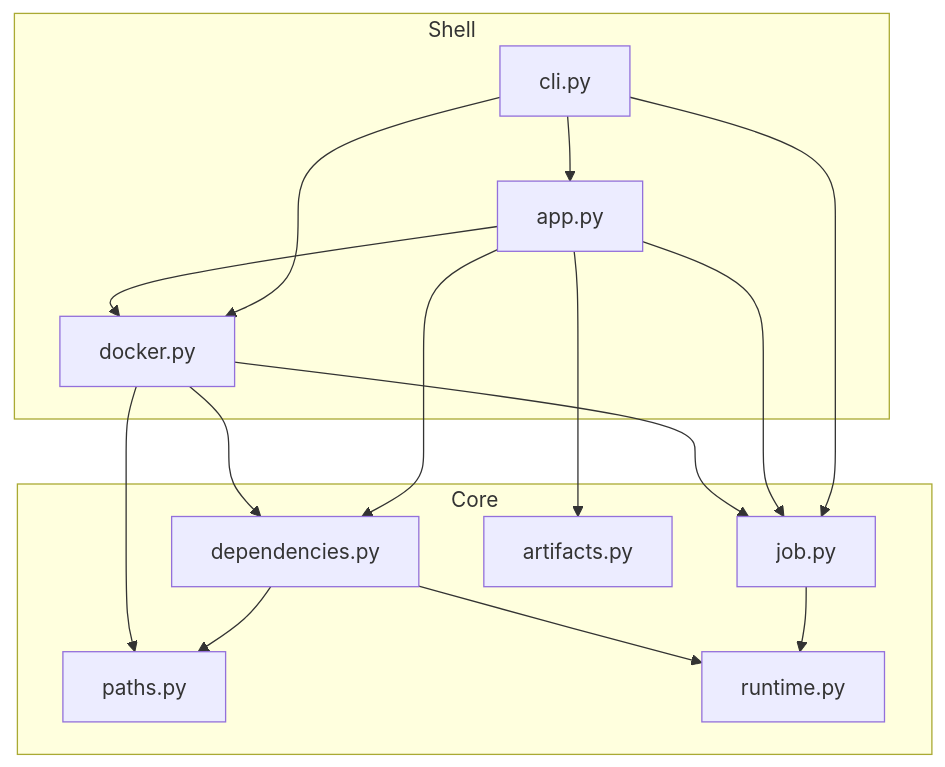
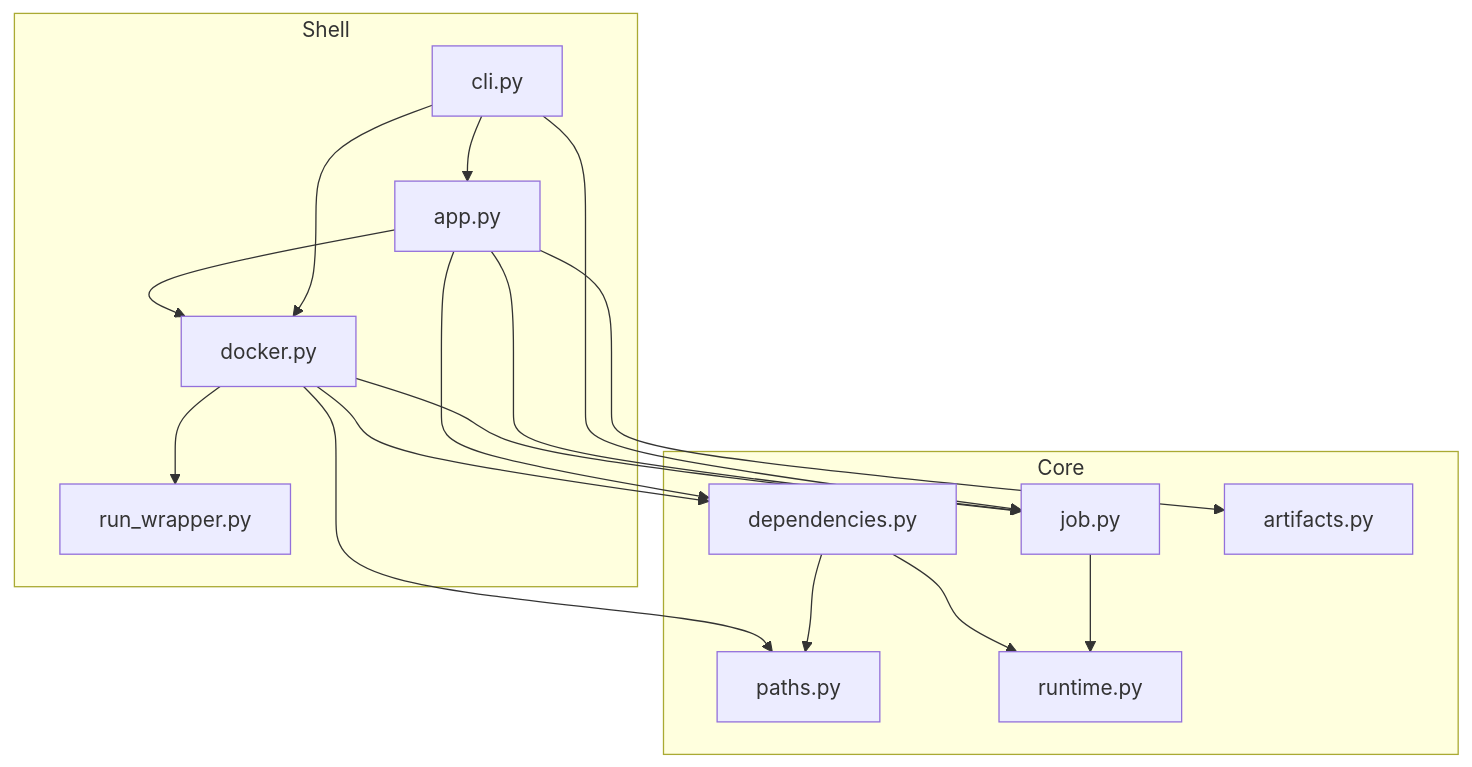
The diagram in docs/architecture.md (HH-MWB/aws-glue-toolkit), drawn with Mermaid before and after one commit. The commit also changed other lines of this file and 7 other files, not shown here.

````diff
--- a/docs/architecture.md
+++ b/docs/architecture.md
@@ -46,30 +47,32 @@
 ```mermaid
 flowchart TB
   subgraph core [Core]
     paths[paths.py]
     runtime[runtime.py]
     job[job.py]
     dependencies[dependencies.py]
     artifacts[artifacts.py]
   end
 
   subgraph shell [Shell]
     docker[docker.py]
+    runWrapper[run_wrapper.py]
     app[app.py]
     cli[cli.py]
   end
 
   cli --> app
   cli --> docker
   cli --> job
   app --> job
   app --> dependencies
   app --> artifacts
   app --> docker
   job --> runtime
   dependencies --> runtime
   dependencies --> paths
   docker --> paths
   docker --> dependencies
   docker --> job
+  docker --> runWrapper
 ```
````
